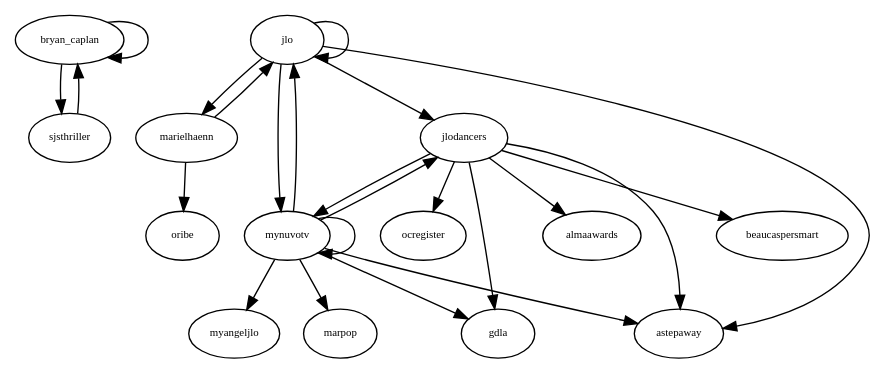
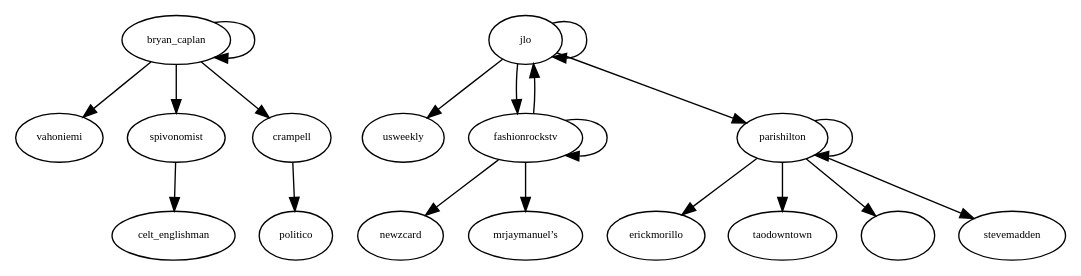
Before and after one commit to bschwyn/Twitter: the diagram in graphfile.dot, drawn with Graphviz. The commit also changed 15 other files, not shown here.

```diff
--- a/graphfile.dot
+++ b/graphfile.dot
@@ -1,163 +1,157 @@
 digraph RGL__DirectedAdjacencyGraph {
     bryan_caplan [
         fontsize = 8,
         label = bryan_caplan
     ]
 
-    sjsthriller [
+    vahoniemi [
         fontsize = 8,
-        label = sjsthriller
+        label = vahoniemi
+    ]
+
+    spivonomist [
+        fontsize = 8,
+        label = spivonomist
+    ]
+
+    crampell [
+        fontsize = 8,
+        label = crampell
+    ]
+
+    celt_englishman [
+        fontsize = 8,
+        label = celt_englishman
+    ]
+
+    politico [
+        fontsize = 8,
+        label = politico
     ]
 
     jlo [
         fontsize = 8,
         label = jlo
     ]
 
-    marielhaenn [
+    usweekly [
         fontsize = 8,
-        label = marielhaenn
+        label = usweekly
     ]
 
-    jlodancers [
+    fashionrockstv [
         fontsize = 8,
-        label = jlodancers
+        label = fashionrockstv
     ]
 
-    mynuvotv [
+    parishilton [
         fontsize = 8,
-        label = mynuvotv
+        label = parishilton
     ]
 
-    astepaway [
+    newzcard [
         fontsize = 8,
-        label = astepaway
+        label = newzcard
     ]
 
-    oribe [
+    "mrjaymanuel’s" [
         fontsize = 8,
-        label = oribe
+        label = "mrjaymanuel’s"
     ]
 
-    almaawards [
+    erickmorillo [
         fontsize = 8,
-        label = almaawards
+        label = erickmorillo
     ]
 
-    gdla [
+    taodowntown [
         fontsize = 8,
-        label = gdla
+        label = taodowntown
     ]
 
-    beaucaspersmart [
+    "" [
         fontsize = 8,
-        label = beaucaspersmart
+        label = ""
     ]
 
-    ocregister [
+    stevemadden [
         fontsize = 8,
-        label = ocregister
+        label = stevemadden
     ]
 
-    marpop [
-        fontsize = 8,
-        label = marpop
-    ]
-
-    myangeljlo [
-        fontsize = 8,
-        label = myangeljlo
-    ]
-
-    bryan_caplan -> sjsthriller [
+    bryan_caplan -> vahoniemi [
         fontsize = 8
     ]
 
     bryan_caplan -> bryan_caplan [
         fontsize = 8
     ]
 
-    sjsthriller -> bryan_caplan [
+    bryan_caplan -> spivonomist [
         fontsize = 8
     ]
 
-    jlo -> marielhaenn [
+    bryan_caplan -> crampell [
+        fontsize = 8
+    ]
+
+    spivonomist -> celt_englishman [
+        fontsize = 8
+    ]
+
+    crampell -> politico [
+        fontsize = 8
+    ]
+
+    jlo -> usweekly [
+        fontsize = 8
+    ]
+
+    jlo -> fashionrockstv [
+        fontsize = 8
+    ]
+
+    jlo -> parishilton [
         fontsize = 8
     ]
 
     jlo -> jlo [
         fontsize = 8
     ]
 
-    jlo -> jlodancers [
+    fashionrockstv -> newzcard [
         fontsize = 8
     ]
 
-    jlo -> mynuvotv [
+    fashionrockstv -> "mrjaymanuel’s" [
         fontsize = 8
     ]
 
-    jlo -> astepaway [
+    fashionrockstv -> jlo [
         fontsize = 8
     ]
 
-    marielhaenn -> oribe [
+    fashionrockstv -> fashionrockstv [
         fontsize = 8
     ]
 
-    marielhaenn -> jlo [
+    parishilton -> erickmorillo [
         fontsize = 8
     ]
 
-    jlodancers -> almaawards [
+    parishilton -> parishilton [
         fontsize = 8
     ]
 
-    jlodancers -> astepaway [
+    parishilton -> taodowntown [
         fontsize = 8
     ]
 
-    jlodancers -> mynuvotv [
+    parishilton -> "" [
         fontsize = 8
     ]
 
-    jlodancers -> gdla [
-        fontsize = 8
-    ]
-
-    jlodancers -> beaucaspersmart [
-        fontsize = 8
-    ]
-
-    jlodancers -> ocregister [
-        fontsize = 8
-    ]
-
-    mynuvotv -> marpop [
-        fontsize = 8
-    ]
-
-    mynuvotv -> jlodancers [
-        fontsize = 8
-    ]
-
-    mynuvotv -> mynuvotv [
-        fontsize = 8
-    ]
-
-    mynuvotv -> gdla [
-        fontsize = 8
-    ]
-
-    mynuvotv -> myangeljlo [
-        fontsize = 8
-    ]
-
-    mynuvotv -> astepaway [
-        fontsize = 8
-    ]
-
-    mynuvotv -> jlo [
+    parishilton -> stevemadden [
         fontsize = 8
     ]
 }
```
